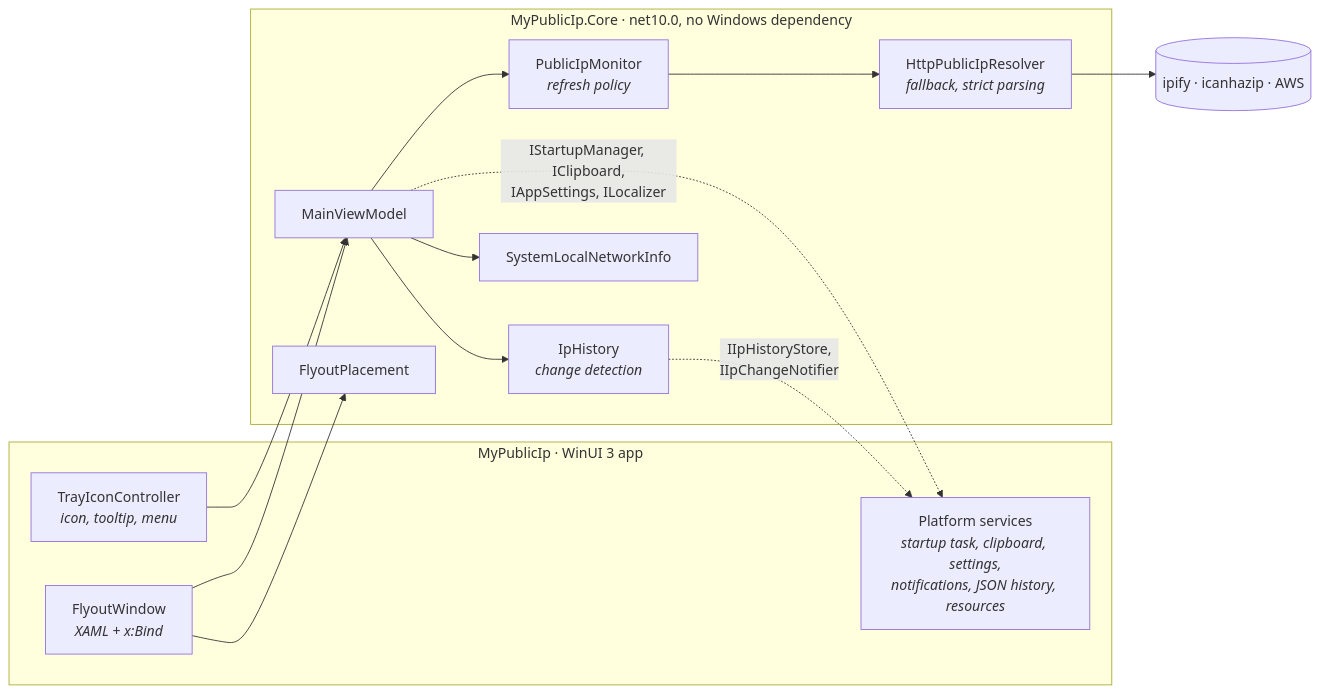
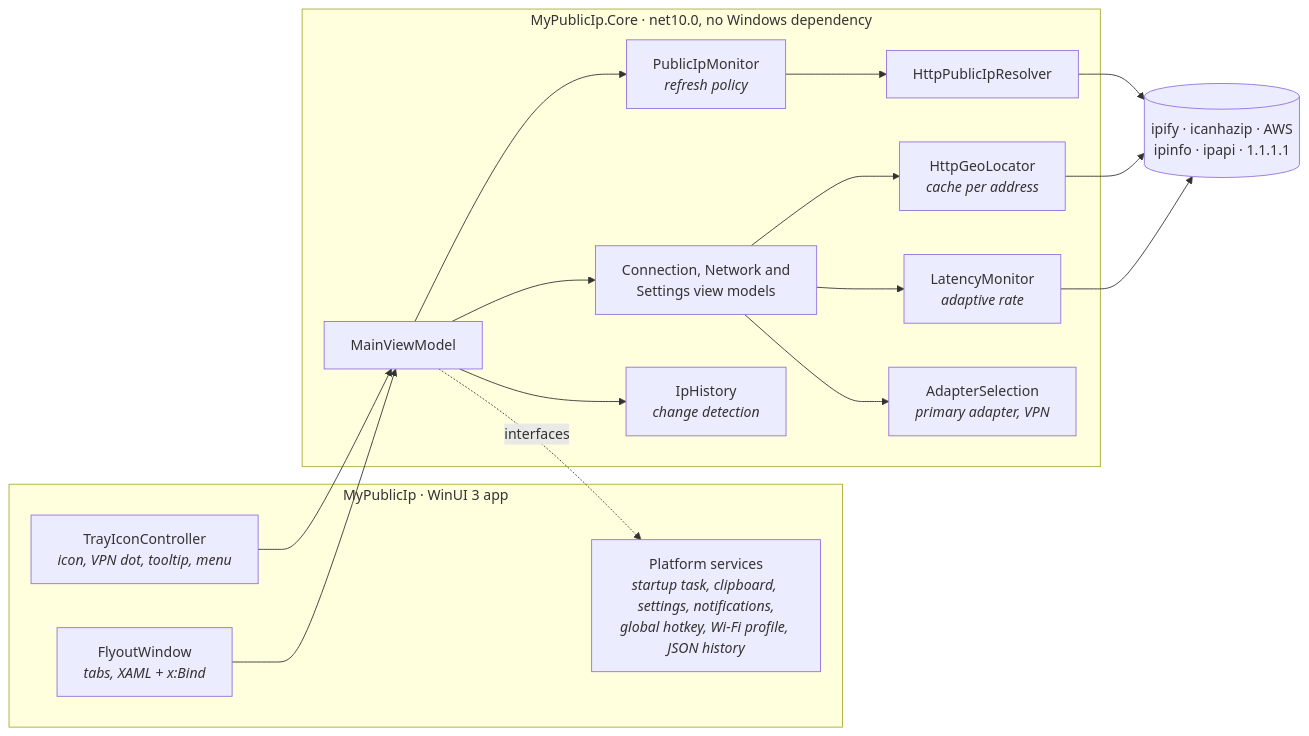
One commit to phnogues/MyPublicIp changed the diagram in README.md. Above: the diagram before and after it, drawn with Mermaid. The commit also changed other lines of this file and 62 other files, not shown here.

First line of the commit message:
My Public IP Address 2.1

````diff
--- a/README.md
+++ b/README.md
@@ -71,28 +73,31 @@
 ```mermaid
 flowchart LR
     subgraph App["MyPublicIp · WinUI 3 app"]
-        Tray["TrayIconController<br/><i>icon, tooltip, menu</i>"]
-        Flyout["FlyoutWindow<br/><i>XAML + x:Bind</i>"]
-        Platform["Platform services<br/><i>startup task, clipboard, settings,<br/>notifications, JSON history, resources</i>"]
+        Tray["TrayIconController<br/><i>icon, VPN dot, tooltip, menu</i>"]
+        Flyout["FlyoutWindow<br/><i>tabs, XAML + x:Bind</i>"]
+        Platform["Platform services<br/><i>startup task, clipboard, settings, notifications,<br/>global hotkey, Wi-Fi profile, JSON history</i>"]
     end
 
     subgraph Core["MyPublicIp.Core · net10.0, no Windows dependency"]
-        VM["MainViewModel"]
+        Main["MainViewModel"]
+        Children["Connection, Network and<br/>Settings view models"]
         Monitor["PublicIpMonitor<br/><i>refresh policy</i>"]
-        Resolver["HttpPublicIpResolver<br/><i>fallback, strict parsing</i>"]
+        Resolver["HttpPublicIpResolver"]
+        Geo["HttpGeoLocator<br/><i>cache per address</i>"]
+        Latency["LatencyMonitor<br/><i>adaptive rate</i>"]
+        Adapters["AdapterSelection<br/><i>primary adapter, VPN</i>"]
         History["IpHistory<br/><i>change detection</i>"]
-        Local["SystemLocalNetworkInfo"]
-        Placement["FlyoutPlacement"]
     end
 
-    Services[("ipify · icanhazip · AWS")]
+    Services[("ipify · icanhazip · AWS<br/>ipinfo · ipapi · 1.1.1.1")]
 
-    Tray --> VM
-    Flyout --> VM
-    Flyout --> Placement
-    VM --> Monitor --> Resolver --> Services
-    VM --> History
-    VM --> Local
-    VM -. "IStartupManager, IClipboard,<br/>IAppSettings, ILocalizer" .-> Platform
-    History -. "IIpHistoryStore,<br/>IIpChangeNotifier" .-> Platform
+    Tray --> Main
+    Flyout --> Main
+    Main --> Children
+    Main --> Monitor --> Resolver --> Services
+    Main --> History
+    Children --> Geo --> Services
+    Children --> Latency --> Services
+    Children --> Adapters
+    Main -. "interfaces" .-> Platform
 ```
````
